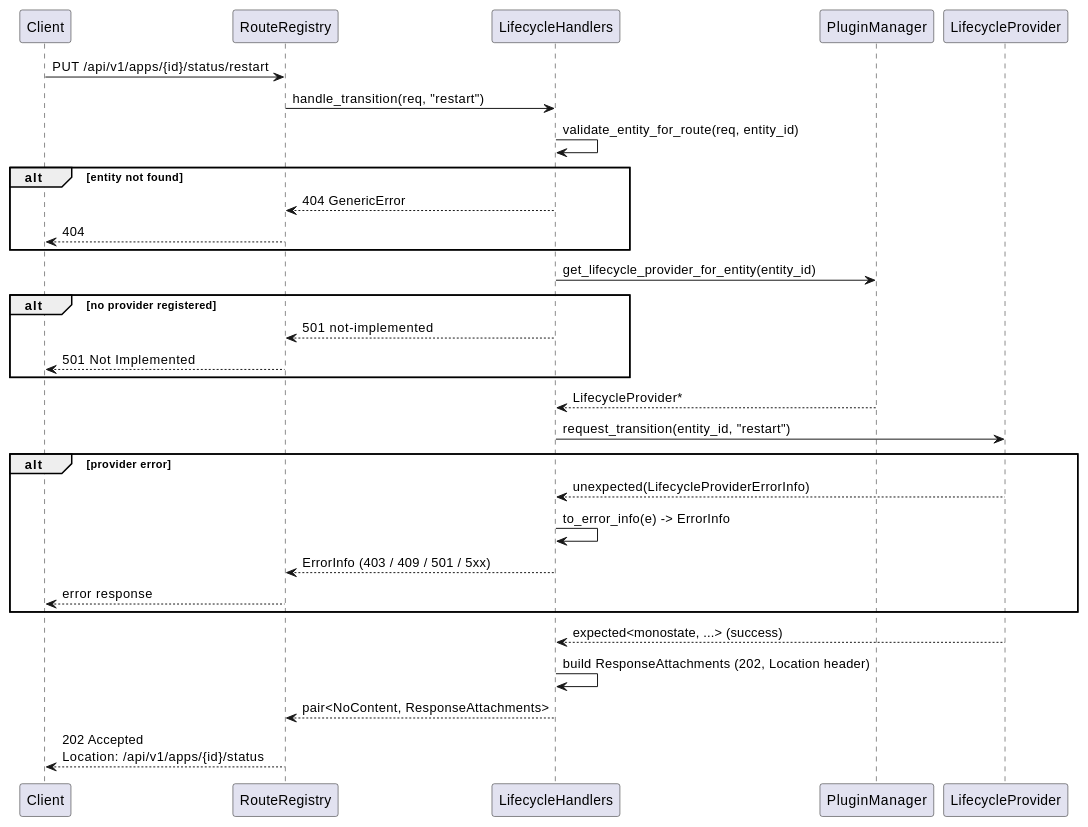
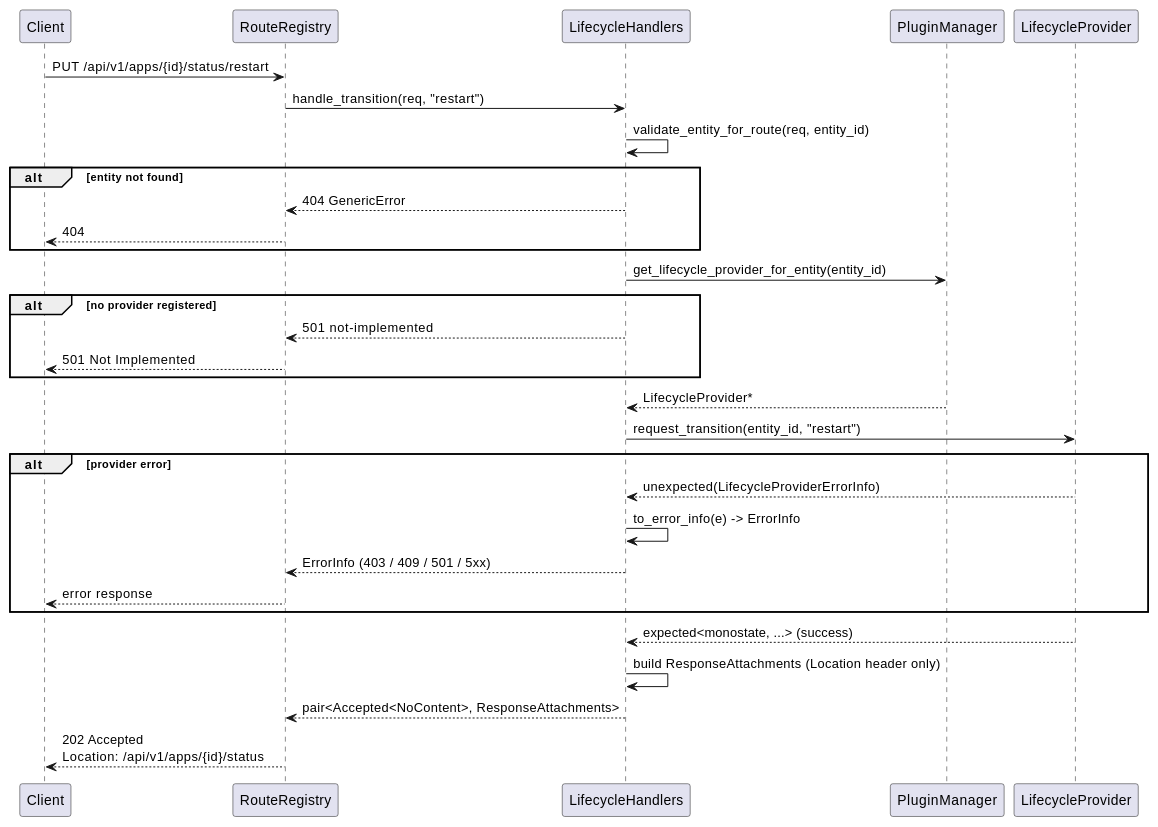
One commit to selfpatch/ros2_medkit changed the second of 2 diagrams in src/ros2_medkit_gateway/design/lifecycle.rst. Above: the diagram before and after it, drawn with PlantUML. The commit also changed other lines of this file and 29 other files, not shown here.

```diff
--- a/src/ros2_medkit_gateway/design/lifecycle.rst
+++ b/src/ros2_medkit_gateway/design/lifecycle.rst
@@ -208,43 +208,43 @@
 .. plantuml::
    :caption: PUT lifecycle transition - full request flow
 
    @startuml lifecycle_transition_flow
 
    participant Client
    participant RouteRegistry as reg
    participant LifecycleHandlers as handler
    participant PluginManager as pm
    participant LifecycleProvider as provider
 
    Client -> reg : PUT /api/v1/apps/{id}/status/restart
    reg -> handler : handle_transition(req, "restart")
    handler -> handler : validate_entity_for_route(req, entity_id)
 
    alt entity not found
        handler --> reg : 404 GenericError
        reg --> Client : 404
    end
 
    handler -> pm : get_lifecycle_provider_for_entity(entity_id)
 
    alt no provider registered
        handler --> reg : 501 not-implemented
        reg --> Client : 501 Not Implemented
    end
 
    pm --> handler : LifecycleProvider*
    handler -> provider : request_transition(entity_id, "restart")
 
    alt provider error
        provider --> handler : unexpected(LifecycleProviderErrorInfo)
        handler -> handler : to_error_info(e) -> ErrorInfo
        handler --> reg : ErrorInfo (403 / 409 / 501 / 5xx)
        reg --> Client : error response
    end
 
    provider --> handler : expected<monostate, ...> (success)
-   handler -> handler : build ResponseAttachments (202, Location header)
-   handler --> reg : pair<NoContent, ResponseAttachments>
+   handler -> handler : build ResponseAttachments (Location header only)
+   handler --> reg : pair<Accepted<NoContent>, ResponseAttachments>
    reg --> Client : 202 Accepted\nLocation: /api/v1/apps/{id}/status
 
    @enduml
```
